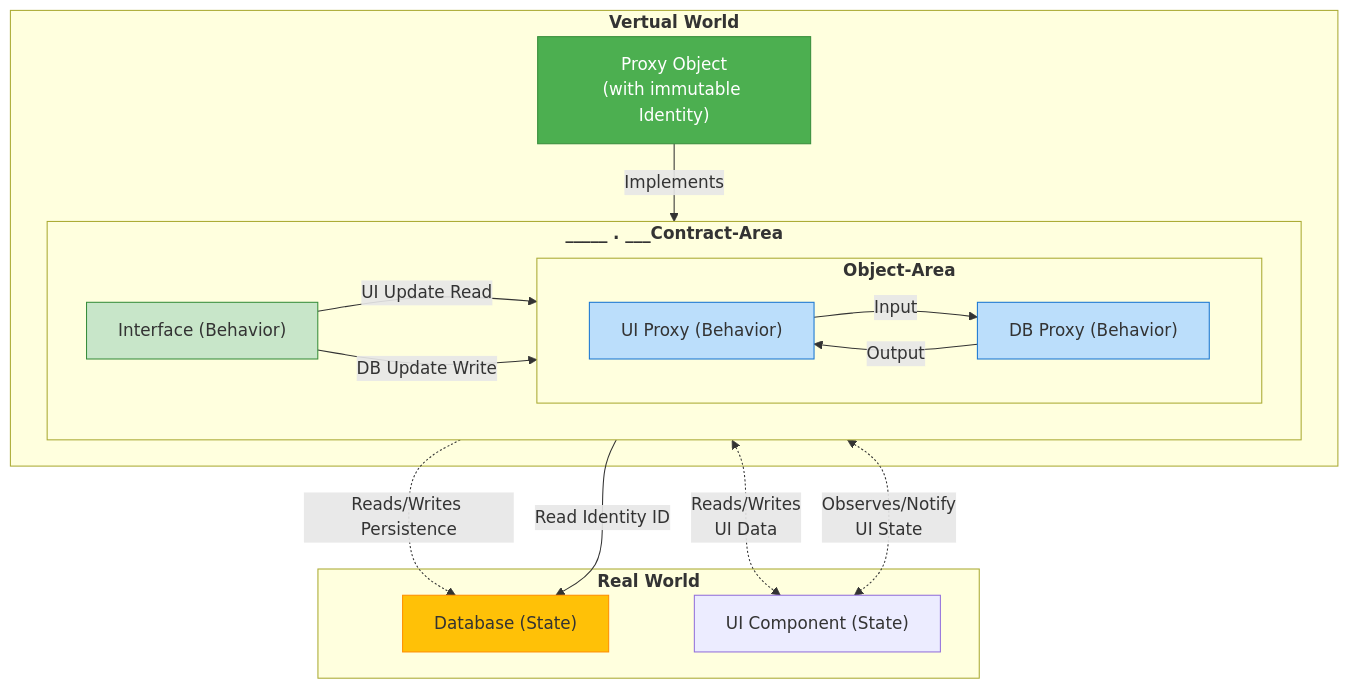
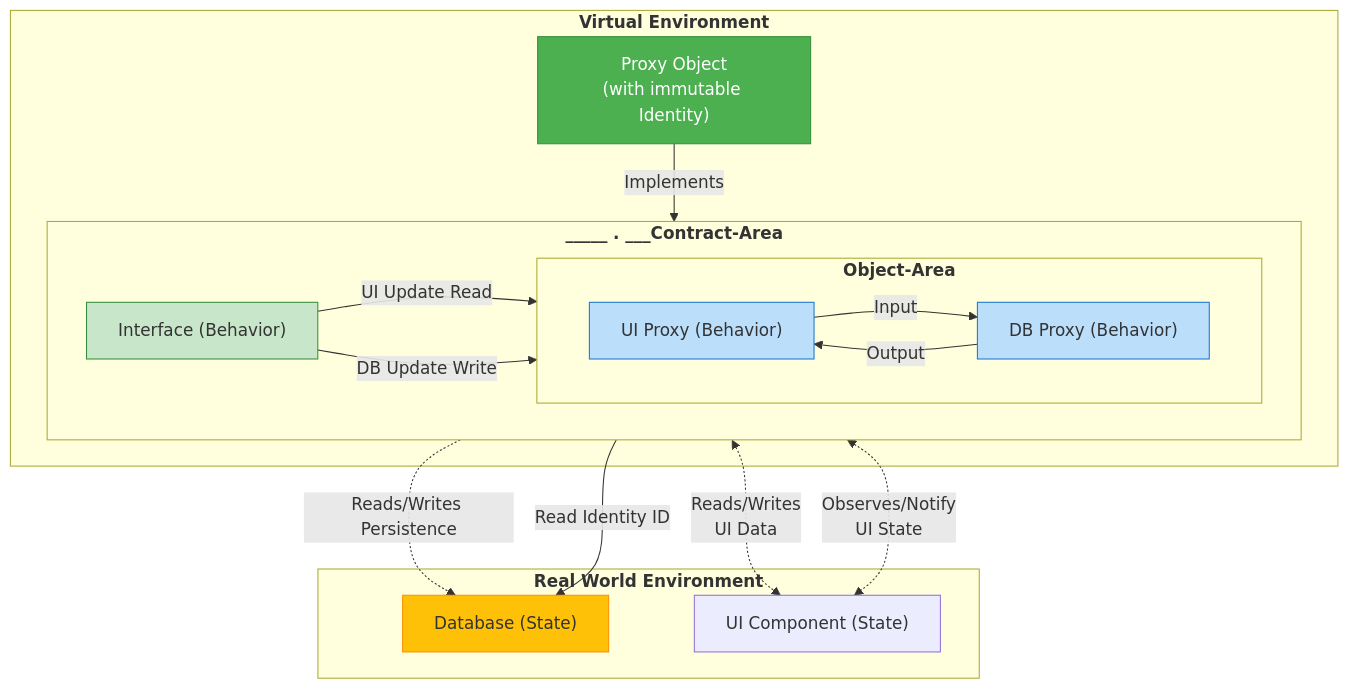
Before and after one commit to andreas-wagner-dev/object-oriented-learning-journey: the diagram in blog/good_object_mechanics.md, drawn with Mermaid.

````diff
--- a/blog/good_object_mechanics.md
+++ b/blog/good_object_mechanics.md
@@ -353,55 +353,55 @@
 ```mermaid
 %% Diagram 3: Simplified Flow of Data Animation and Behavior Delegation
 graph TB
     %% 1. Immutable Domain Object 
-    subgraph "<b>Vertual World</b>"
+    subgraph "<b>Virtual Environment</b>"
 
         A["Proxy Object<br/>(with immutable Identity)"]
         style A fill:#4CAF50,stroke:#388E3C,color:#fff
 
         %% 2. The Contract and Behavior Delegation
         subgraph "<b>_____ . ___Contract-Area</b>"
         direction LR
             B["Interface (Behavior)"]
             style B fill:#C8E6C9,stroke:#388E3C
         
             %% 3. Technical Object Area (Real World Interface)
             subgraph "<b>Object-Area</b>"
              direction LR
                 C["UI Proxy (Behavior)"]
                 D["DB Proxy (Behavior)"]
 
                 style C fill:#BBDEFB,stroke:#1976D2
                 style D fill:#BBDEFB,stroke:#1976D2
             
                 %% Internal interface communication.
             
             end
 
         end
 
     end
 
     %% 4. The Real Mutable Data Storage
-    subgraph "<b>Real World</b>"
+    subgraph "<b>Real World Environment</b>"
         F["Database (State)"]
         style F fill:#FFC107,stroke:#FF8F00
 
         C <-.->|Reads/Writes<br/>UI Data| E["UI Component (State)"]
         C <-.->|Observes/Notify<br/>UI State| E
         D -.->|Reads/Writes Persistence| F
     end
     
     %% The Immutable Object holds the key and delegates all work to the interface.
 
     A -- Implements --> B
     D -- Read Identity ID --> F
 
     %% The Interface is implemented by the technical components.
 
     B -- UI Update Read --> C
     B -- DB Update Write --> D
 
    C -- Input --> D
    D -- Output --> C
 ```
````
